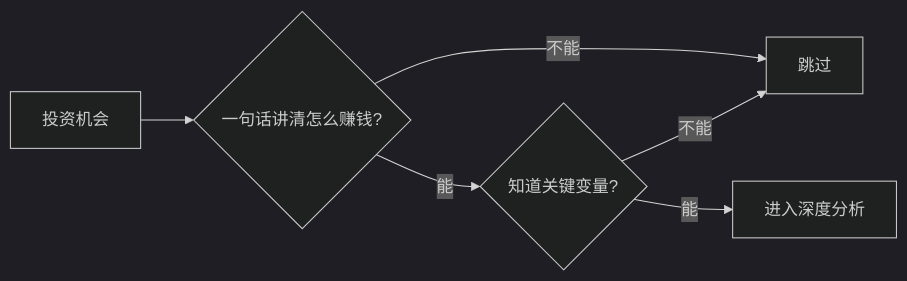
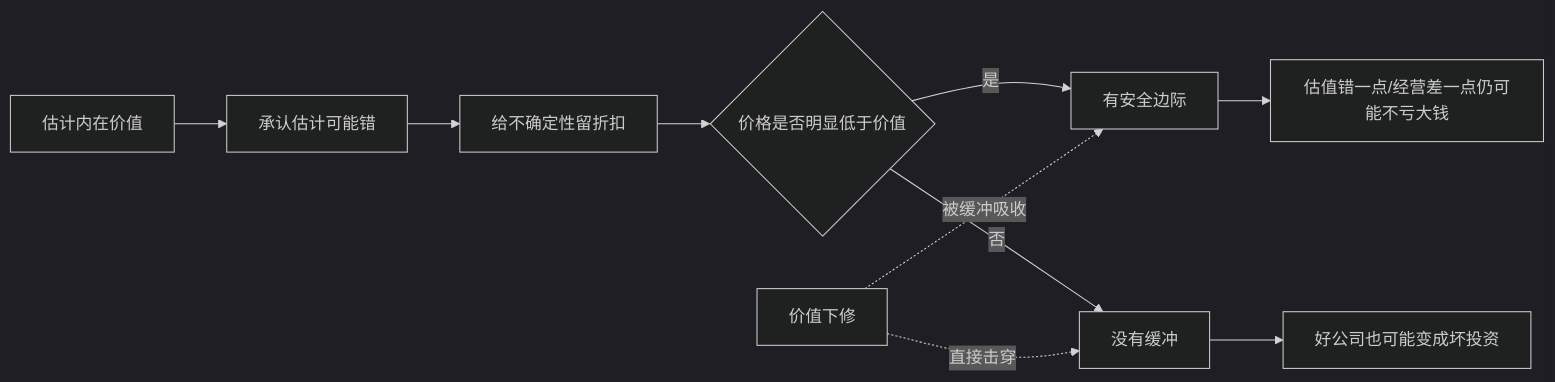
Before and after one commit to digoal/blog: the diagram in 202605/20260519_09.md, drawn with Mermaid (dark theme). The commit also changed other lines of this file and 51 other files, not shown here.

````diff
--- a/202605/20260519_09.md
+++ b/202605/20260519_09.md
@@ -22,8 +24,12 @@
 ```mermaid
 flowchart LR
-  A["投资机会"] --> B{"一句话讲清怎么赚钱?"}
-  B -- "不能" --> C["跳过"]
-  B -- "能" --> D{"知道关键变量?"}
-  D -- "不能" --> C
-  D -- "能" --> E["进入深度分析"]
+  A["估计内在价值"] --> B["承认估计可能错"]
+  B --> C["给不确定性留折扣"]
+  C --> D{"价格是否明显低于价值"}
+  D -- "是" --> E["有安全边际"]
+  D -- "否" --> F["没有缓冲"]
+  E --> G["估值错一点/经营差一点仍可能不亏大钱"]
+  F --> H["好公司也可能变成坏投资"]
+  I["价值下修"] -. "被缓冲吸收" .-> E
+  I -. "直接击穿" .-> F
 ```
````
